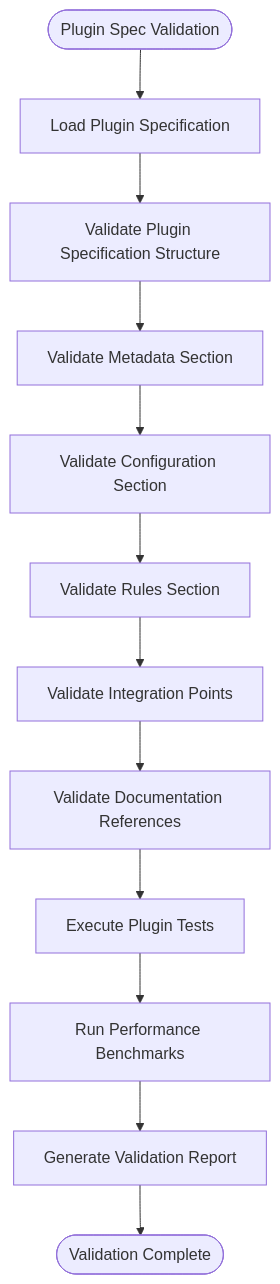
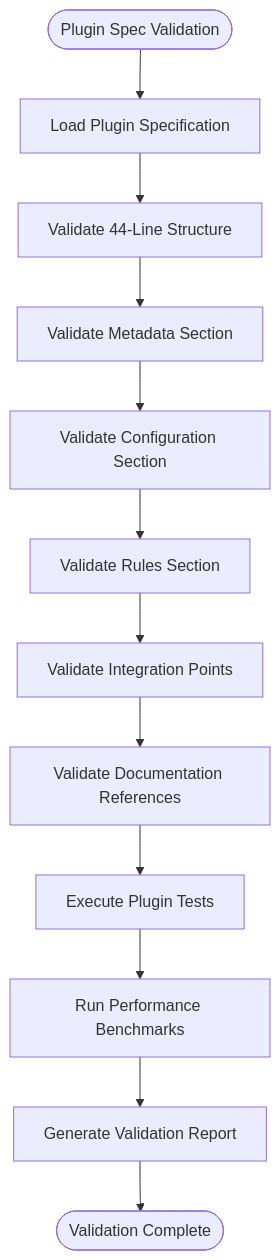
Before and after one commit to tonythethompson/numan-registry: the sixth of 8 diagrams in .qoder/repowiki/en/content/Package Development Guide/Package Validation and Testing.md, drawn with Mermaid. The commit also changed other lines of this file and 37 other files, not shown here.

Commit message:
Add CLAUDE.md, expand backlog schema, update docs

````diff
--- a/.qoder/repowiki/en/content/Package Development Guide/Package Validation and Testing.md
+++ b/.qoder/repowiki/en/content/Package Development Guide/Package Validation and Testing.md
@@ -366,16 +338,14 @@
 ```mermaid
-
 flowchart TD
 Start([Plugin Spec Validation]) --> LoadSpec["Load Plugin Specification"]
-LoadSpec --> ValidateStructure["Validate Plugin Specification Structure"]
+LoadSpec --> ValidateStructure["Validate 44-Line Structure"]
 ValidateStructure --> CheckMetadata["Validate Metadata Section"]
 CheckMetadata --> CheckConfig["Validate Configuration Section"]
 CheckConfig --> CheckRules["Validate Rules Section"]
 CheckRules --> CheckIntegration["Validate Integration Points"]
 CheckIntegration --> CheckDocs["Validate Documentation References"]
 CheckDocs --> RunTests["Execute Plugin Tests"]
 RunTests --> PerformanceCheck["Run Performance Benchmarks"]
 PerformanceCheck --> GenerateReport["Generate Validation Report"]
 GenerateReport --> End([Validation Complete])
-
 ```
````
